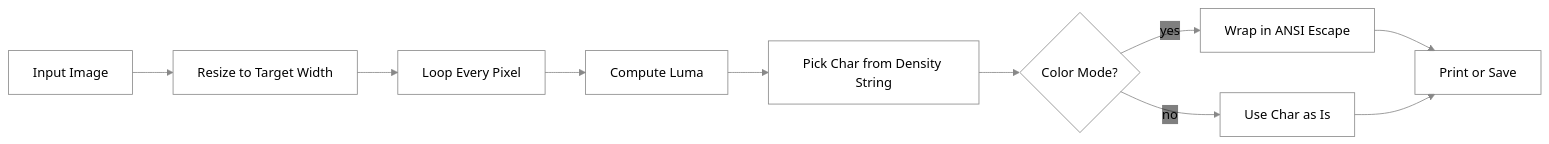
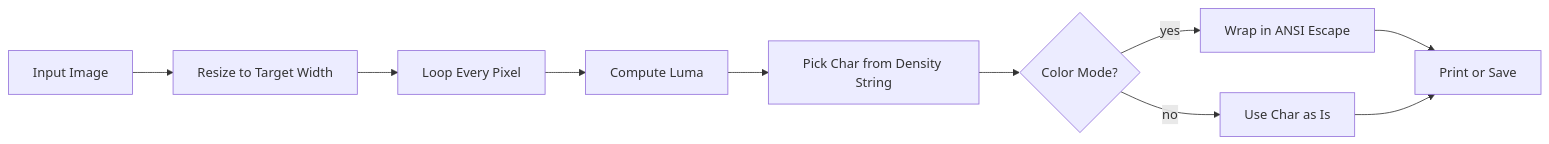
Before and after one commit to Rijzzz/ascii-art: the diagram in README.md, drawn with Mermaid.

Commit message:
Update README.md Flowchart

````diff
--- a/README.md
+++ b/README.md
@@ -9,13 +9,12 @@
 ```mermaid
-%%{init: {'theme': 'base', 'themeVariables': {'primaryColor': 'transparent', 'primaryBorderColor': '#888', 'primaryTextColor': '#000', 'lineColor': '#888', 'background': 'transparent'}}}%%
 flowchart LR
     Image[Input Image] --> Resize[Resize to Target Width]
     Resize --> Pixels[Loop Every Pixel]
     Pixels --> Luma[Compute Luma]
     Luma --> Char[Pick Char from Density String]
     Char --> Color{Color Mode?}
     Color -->|yes| ANSI[Wrap in ANSI Escape]
     Color -->|no| Plain[Use Char as Is]
     ANSI --> Out[Print or Save]
     Plain --> Out
 ```
````
